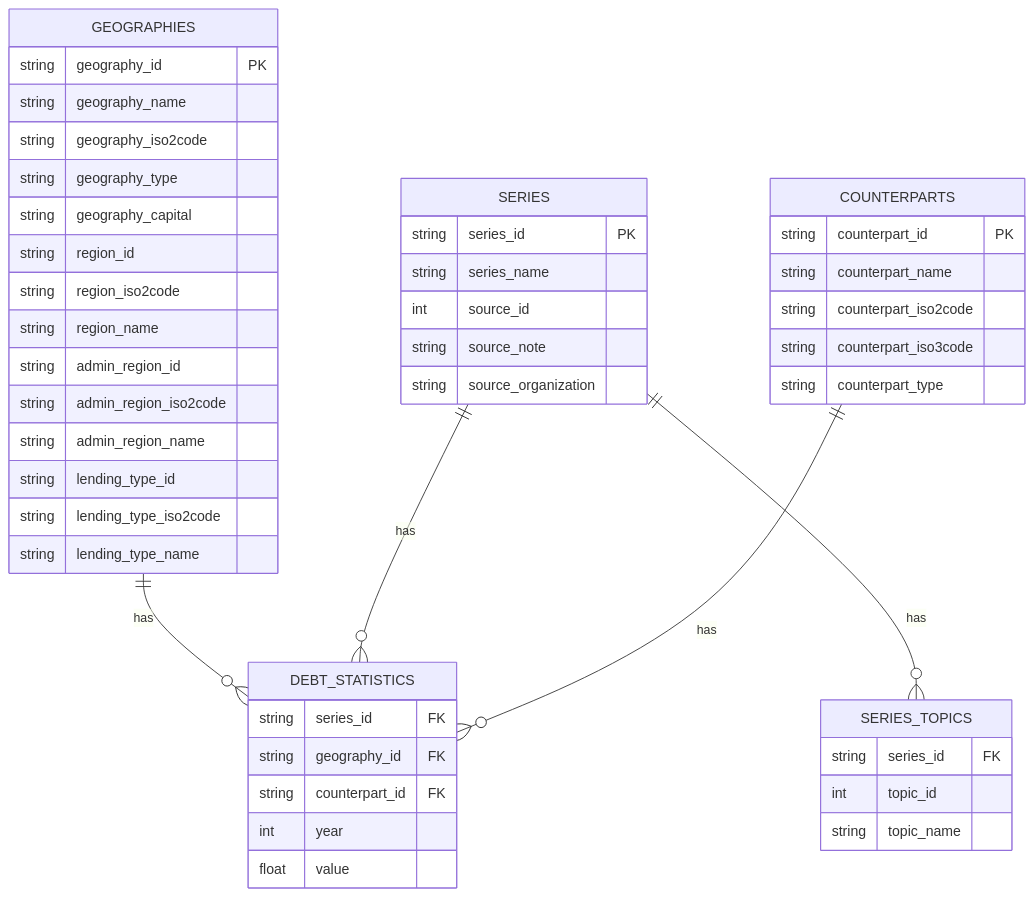
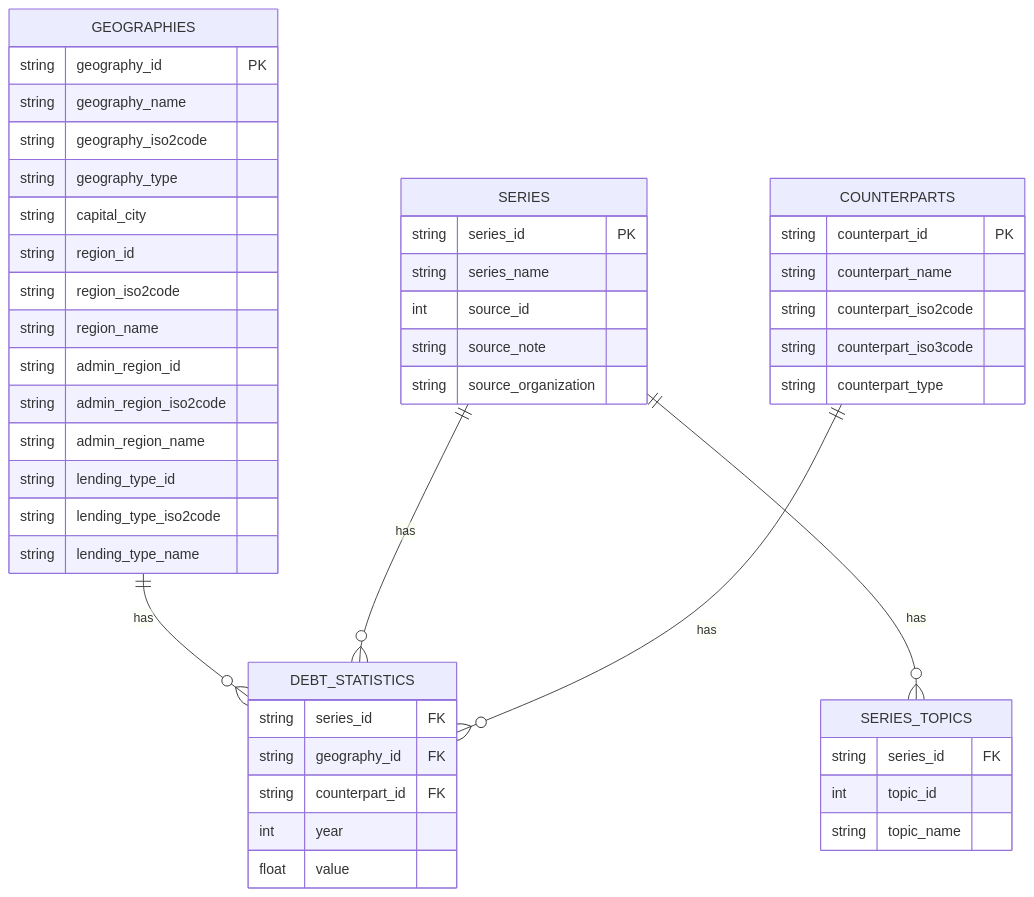
The diagram in vignettes/data-model.qmd (Teal-Insights/r-wbids), drawn with Mermaid before and after one commit. The commit also changed other lines of this file and 7 other files, not shown here.

````diff
--- a/vignettes/data-model.qmd
+++ b/vignettes/data-model.qmd
@@ -14,51 +14,51 @@
 ```{mermaid}
 %%| fig-width: 12
 %%| fig-height: 8
 erDiagram
     GEOGRAPHIES ||--o{ DEBT_STATISTICS : has
     GEOGRAPHIES {
         string geography_id PK
         string geography_name
         string geography_iso2code
         string geography_type
-        string geography_capital
+        string capital_city
         string region_id
         string region_iso2code
         string region_name
         string admin_region_id
         string admin_region_iso2code
         string admin_region_name
         string lending_type_id
         string lending_type_iso2code
         string lending_type_name
     }
     SERIES ||--o{ DEBT_STATISTICS : has
     SERIES ||--o{ SERIES_TOPICS : has
     SERIES {
         string series_id PK
         string series_name
         int source_id
         string source_note
         string source_organization
     }
     COUNTERPARTS ||--o{ DEBT_STATISTICS : has
     COUNTERPARTS {
         string counterpart_id PK
         string counterpart_name
         string counterpart_iso2code
         string counterpart_iso3code
         string counterpart_type
     }
     SERIES_TOPICS {
         string series_id FK
         int topic_id 
         string topic_name 
     }
     DEBT_STATISTICS {
         string series_id FK
         string geography_id FK
         string counterpart_id FK
         int year
         float value
     }
 ```
````
